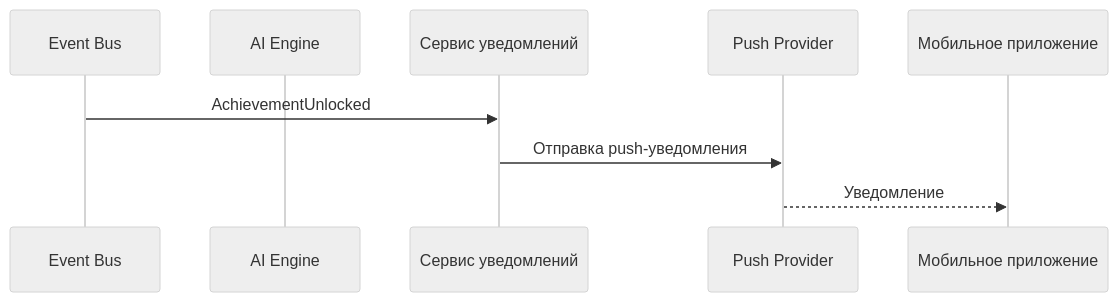
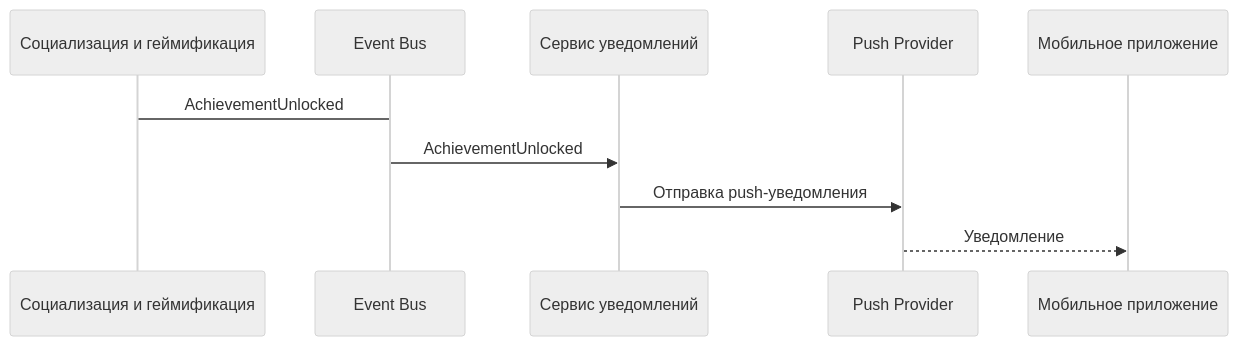
Before and after one commit to andreyantropov/architect-coursework: the diagram in architecture/application-usage-scenarios/achievments-push-notifications.md, drawn with Mermaid (neutral theme). The commit also changed 9 other files, not shown here.

Commit message:
fix: Internal API Gateway заменен на External API Gateway во всех схемах (ChatGPT зачем-то переименовал при переносе из Google Disk в Gitlab).

````diff
--- a/architecture/application-usage-scenarios/achievments-push-notifications.md
+++ b/architecture/application-usage-scenarios/achievments-push-notifications.md
@@ -3,12 +3,14 @@
 ```mermaid
 sequenceDiagram
+
+    participant SG as Социализация и геймификация
     participant E as Event Bus
-    participant AI as AI Engine
     participant N as Сервис уведомлений
     participant P as Push Provider
     participant M as Мобильное приложение
 
+    SG->E: AchievementUnlocked
     E->>N: AchievementUnlocked
     N->>P: Отправка push-уведомления
     P-->>M: Уведомление
 ```
````
